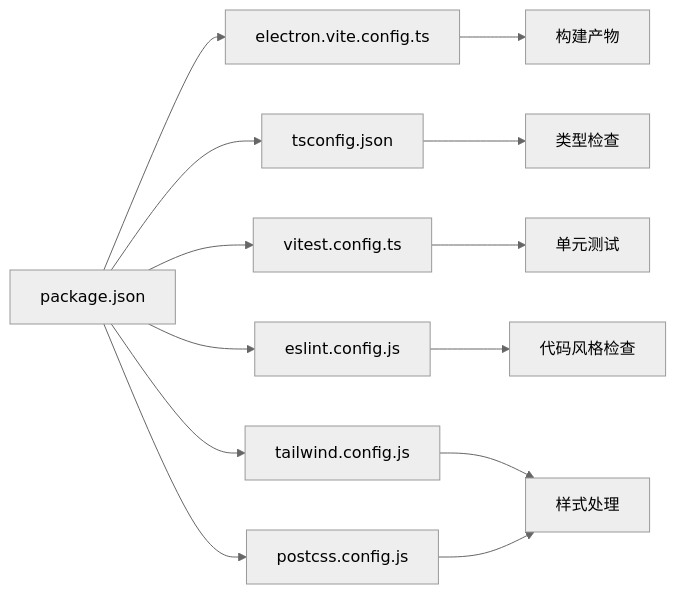
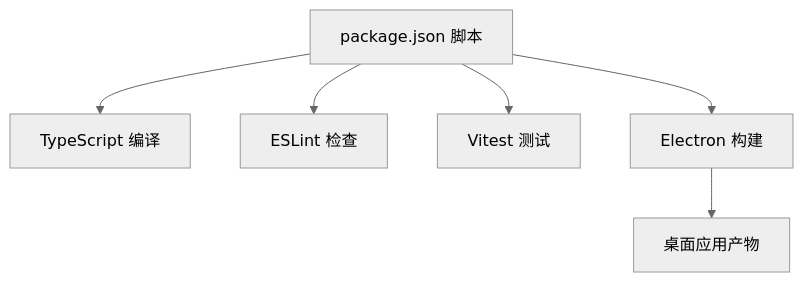
Before and after one commit to haolange/DeepSeek-GUI: the tenth of 10 diagrams in .qoder/repowiki/zh/content/贡献指南.md, drawn with Mermaid (neutral theme). The commit also changed other lines of this file and 341 other files, not shown here.

````diff
--- a/.qoder/repowiki/zh/content/贡献指南.md
+++ b/.qoder/repowiki/zh/content/贡献指南.md
@@ -251,15 +295,8 @@
 ```mermaid
-graph LR
-P["package.json"] --> EVC["electron.vite.config.ts"]
-P --> TS["tsconfig.json"]
-P --> VT["vitest.config.ts"]
-P --> ESL["eslint.config.js"]
-P --> TW["tailwind.config.js"]
-P --> PC["postcss.config.js"]
-EVC --> Build["构建产物"]
-TS --> TypeCheck["类型检查"]
-VT --> Test["单元测试"]
-ESL --> Lint["代码风格检查"]
-TW --> Style["样式处理"]
-PC --> Style
+graph TB
+P["package.json 脚本"] --> T["TypeScript 编译"]
+P --> L["ESLint 检查"]
+P --> V["Vitest 测试"]
+P --> E["Electron 构建"]
+E --> R["桌面应用产物"]
 ```
````
